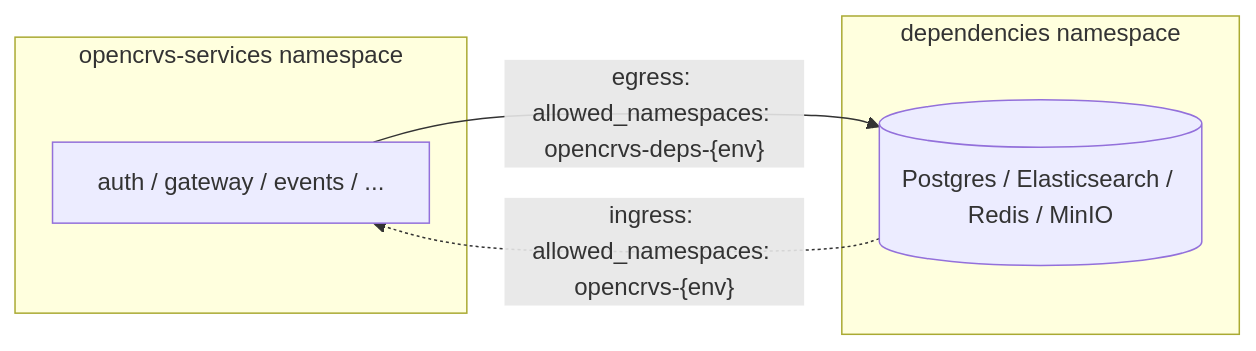
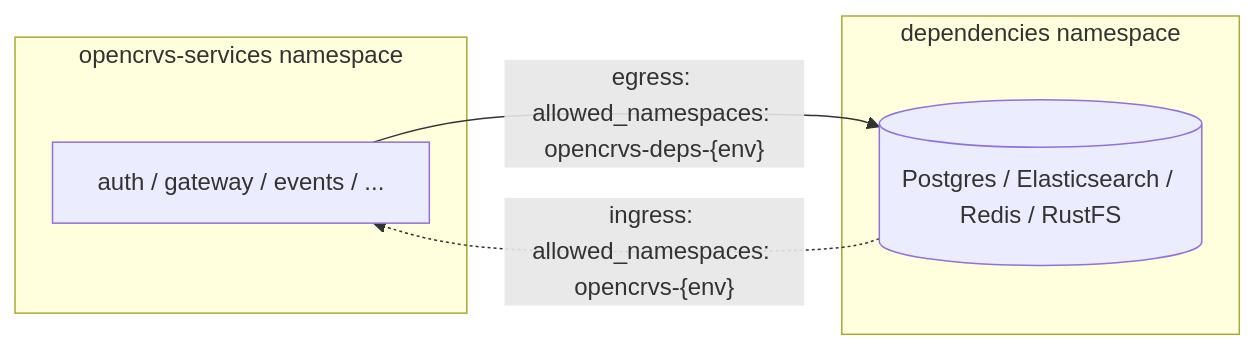
The diagram in v2.2.0/technical/guides/installation/advanced-topics/kubernetes-network-policy.md (opencrvs/documentation), drawn with Mermaid before and after one commit. The commit also changed other lines of this file and 21 other files, not shown here.

Commit message:
fix: Replace MinIO to RustFS

````diff
--- a/v2.2.0/technical/guides/installation/advanced-topics/kubernetes-network-policy.md
+++ b/v2.2.0/technical/guides/installation/advanced-topics/kubernetes-network-policy.md
@@ -60,11 +60,11 @@
 ```mermaid
 flowchart LR
   subgraph SVC ["opencrvs-services namespace"]
     A[auth / gateway / events / ...]
   end
   subgraph DEP ["dependencies namespace"]
-    B[(Postgres / Elasticsearch / Redis / MinIO)]
+    B[(Postgres / Elasticsearch / Redis / RustFS)]
   end
   A -- "egress: allowed_namespaces: opencrvs-deps-{env}" --> B
   B -. "ingress: allowed_namespaces: opencrvs-{env}" .-> A
 ```
````
